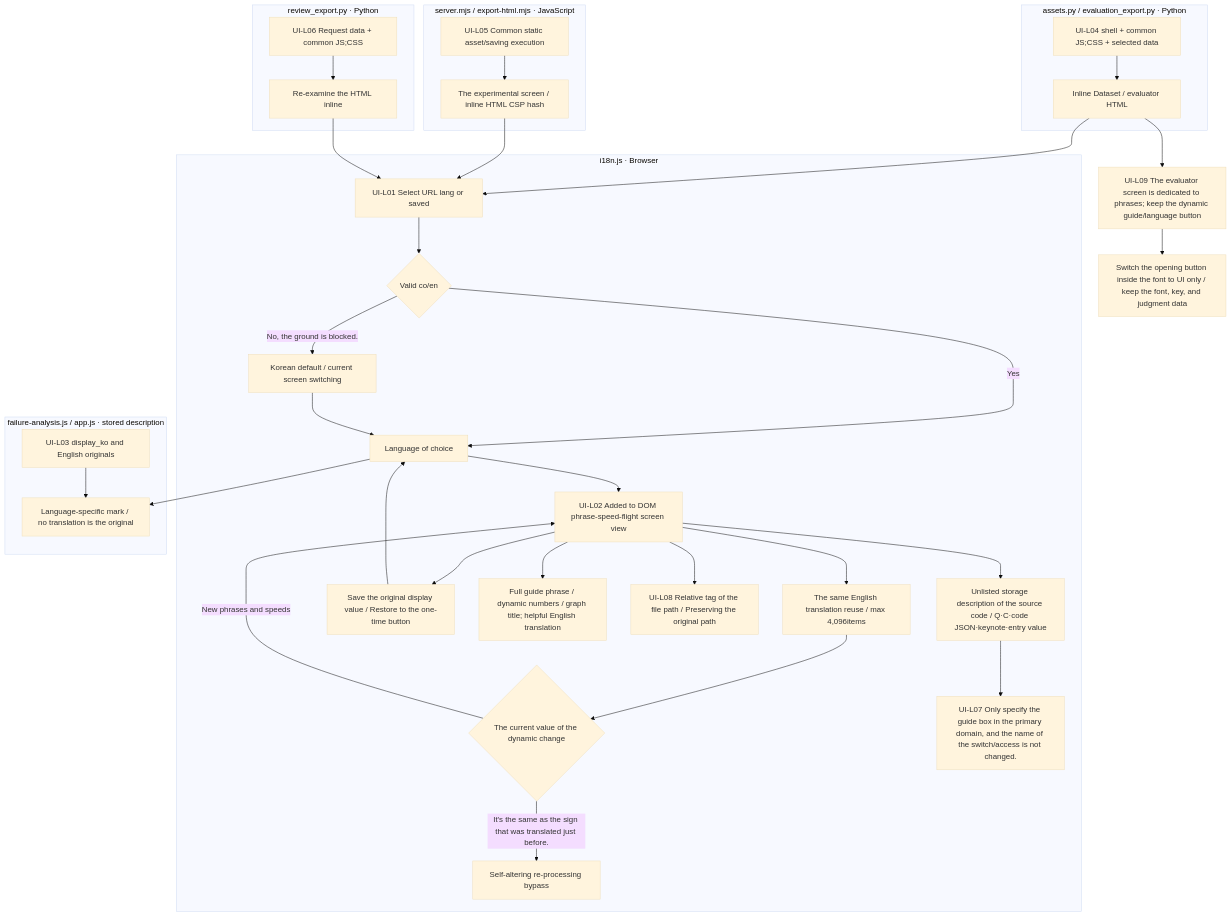
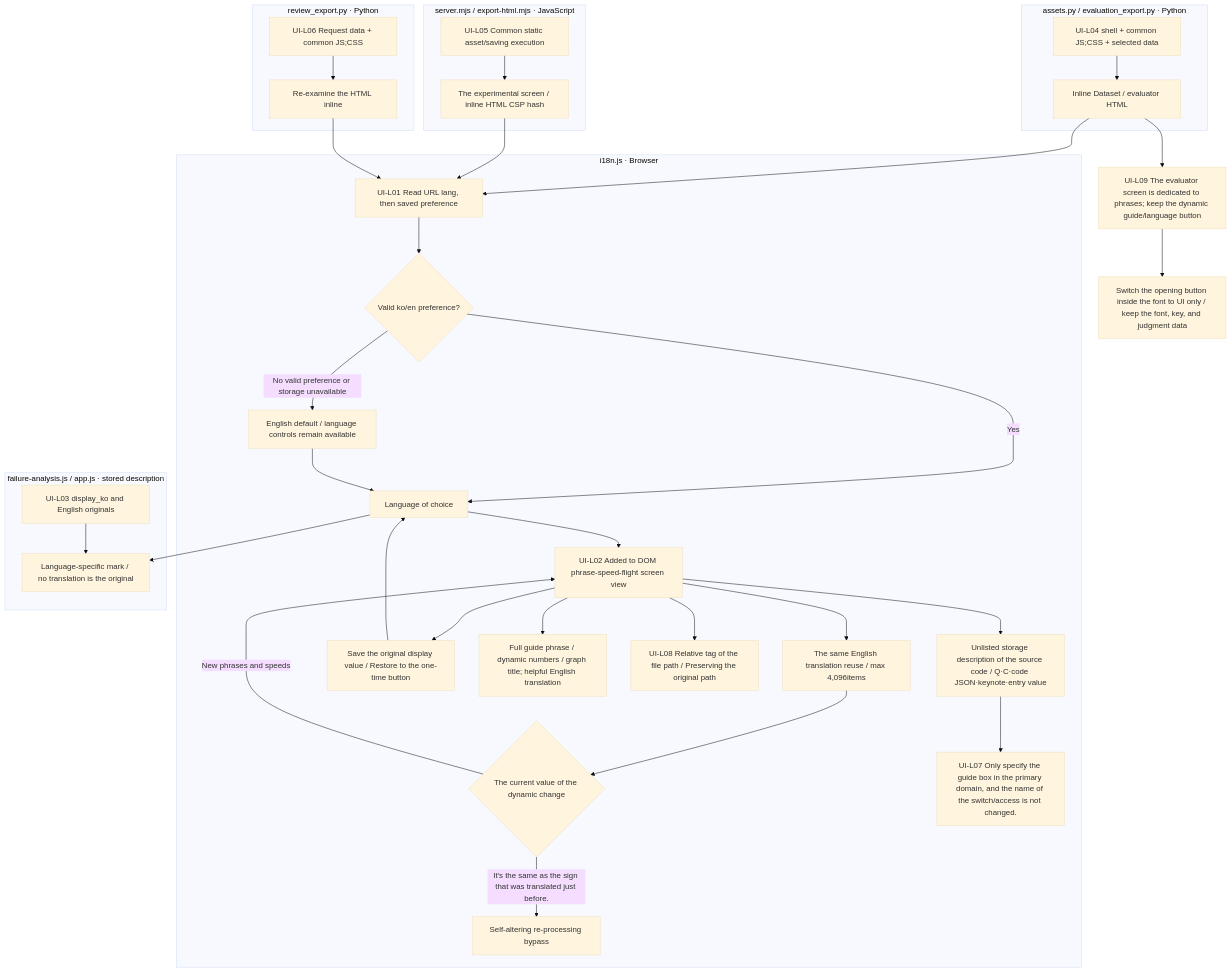
The diagram in src/finarch/documentation/templates/viewer-shared-i18n.md (pnu-clink/finject), drawn with Mermaid (base theme) before and after one commit. The commit also changed other lines of this file and 49 other files, not shown here.

````diff
--- a/src/finarch/documentation/templates/viewer-shared-i18n.md
+++ b/src/finarch/documentation/templates/viewer-shared-i18n.md
@@ -17,37 +17,37 @@
 ```mermaid
 flowchart TD
  subgraph PREF["i18n.js · Browser"]
-  A["UI-L01 Select URL lang or saved"] --> B{"Valid co/en"}
+  A["UI-L01 Read URL lang, then saved preference"] --> B{"Valid ko/en preference?"}
   B -->|Yes| C["Language of choice"]
-  B -->|No, the ground is blocked.| D["Korean default / current screen switching"]
+  B -->|No valid preference or storage unavailable| D["English default / language controls remain available"]
   D --> C
   C --> E["UI-L02 Added to DOM phrase-speed-flight screen view"]
   E --> CACHE["The same English translation reuse / max 4,096items"]
   CACHE --> OBS{"The current value of the dynamic change"}
   OBS -->|It's the same as the sign that was translated just before.| SKIP["Self-altering re-processing bypass"]
   OBS -->|New phrases and speeds| E
   E --> F["Save the original display value / Restore to the one-time button"] --> C
   E --> LABEL["Full guide phrase / dynamic numbers / graph title; helpful English translation"]
   E --> PATH["UI-L08 Relative tag of the file path / Preserving the original path"]
   E --> G["Unlisted storage description of the source code / Q·C·code JSON·keynote·entry value"]
   G --> UI["UI-L07 Only specify the guide box in the primary domain, and the name of the switch/access is not changed."]
  end
  subgraph TEXT["failure-analysis.js / app.js · stored description"]
   H["UI-L03 display_ko and English originals"] --> I["Language-specific mark / no translation is the original"]
   C --> I
  end
  subgraph DATASET["assets.py / evaluation_export.py · Python"]
   J["UI-L04 shell + common JS;CSS + selected data"] --> K["Inline Dataset / evaluator HTML"]
  end
  subgraph EXP["server.mjs / export-html.mjs · JavaScript"]
   L["UI-L05 Common static asset/saving execution"] --> M["The experimental screen / inline HTML CSP hash"]
  end
  subgraph ANNOTATION["review_export.py · Python"]
   N["UI-L06 Request data + common JS;CSS"] --> O["Re-examine the HTML inline"]
  end
   K --> A
   K --> REVIEW["UI-L09 The evaluator screen is dedicated to phrases; keep the dynamic guide/language button"]
   REVIEW --> GAP["Switch the opening button inside the font to UI only / keep the font, key, and judgment data"]
   M --> A
   O --> A
 ```
````
